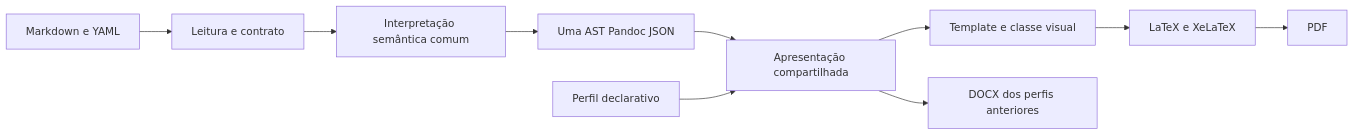
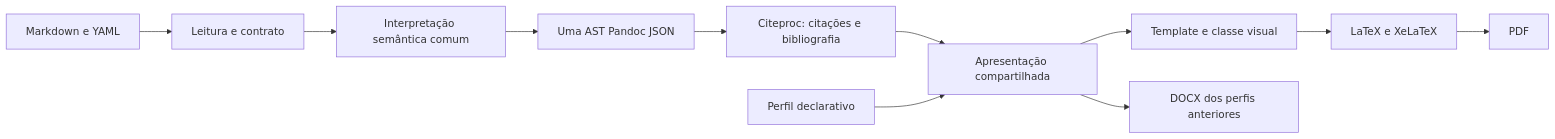
Before and after one commit to richarallan/modelos-latex-senai-roo: the diagram in docs/arquitetura.md, drawn with Mermaid. The commit also changed other lines of this file and 16 other files, not shown here.

````diff
--- a/docs/arquitetura.md
+++ b/docs/arquitetura.md
@@ -7,12 +7,13 @@
 ```mermaid
 flowchart LR
   M[Markdown e YAML] --> D[Leitura e contrato]
   D --> S[Interpretação semântica comum]
   S --> J[Uma AST Pandoc JSON]
-  J --> A[Apresentação compartilhada]
+  J --> C[Citeproc: citações e bibliografia]
+  C --> A[Apresentação compartilhada]
   P[Perfil declarativo] --> A
   A --> T[Template e classe visual]
   T --> L[LaTeX e XeLaTeX]
   L --> PDF[PDF]
   A --> W[DOCX dos perfis anteriores]
 ```
````
